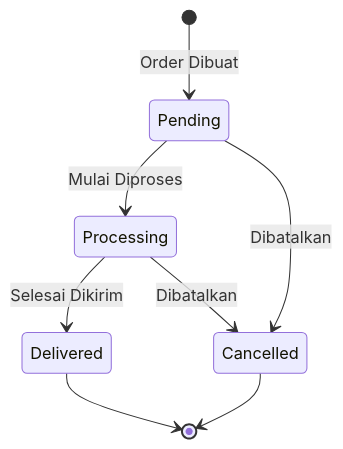
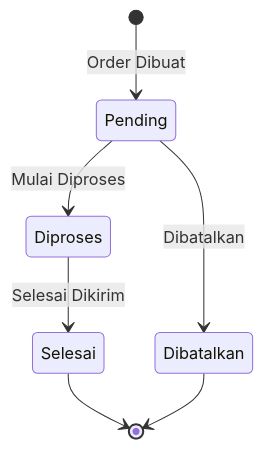
Before and after one commit to ryceryce/JoyMilk: the third of 4 diagrams in docs/PRD.md, drawn with Mermaid. The commit also changed other lines of this file and 57 other files, not shown here.

````diff
--- a/docs/PRD.md
+++ b/docs/PRD.md
@@ -198,10 +197,9 @@
 ```mermaid
 stateDiagram-v2
     [*] --> Pending: Order Dibuat
-    Pending --> Processing: Mulai Diproses
-    Pending --> Cancelled: Dibatalkan
-    Processing --> Delivered: Selesai Dikirim
-    Processing --> Cancelled: Dibatalkan
-    Delivered --> [*]
-    Cancelled --> [*]
+    Pending --> Diproses: Mulai Diproses
+    Pending --> Dibatalkan: Dibatalkan
+    Diproses --> Selesai: Selesai Dikirim
+    Selesai --> [*]
+    Dibatalkan --> [*]
 ```
````
